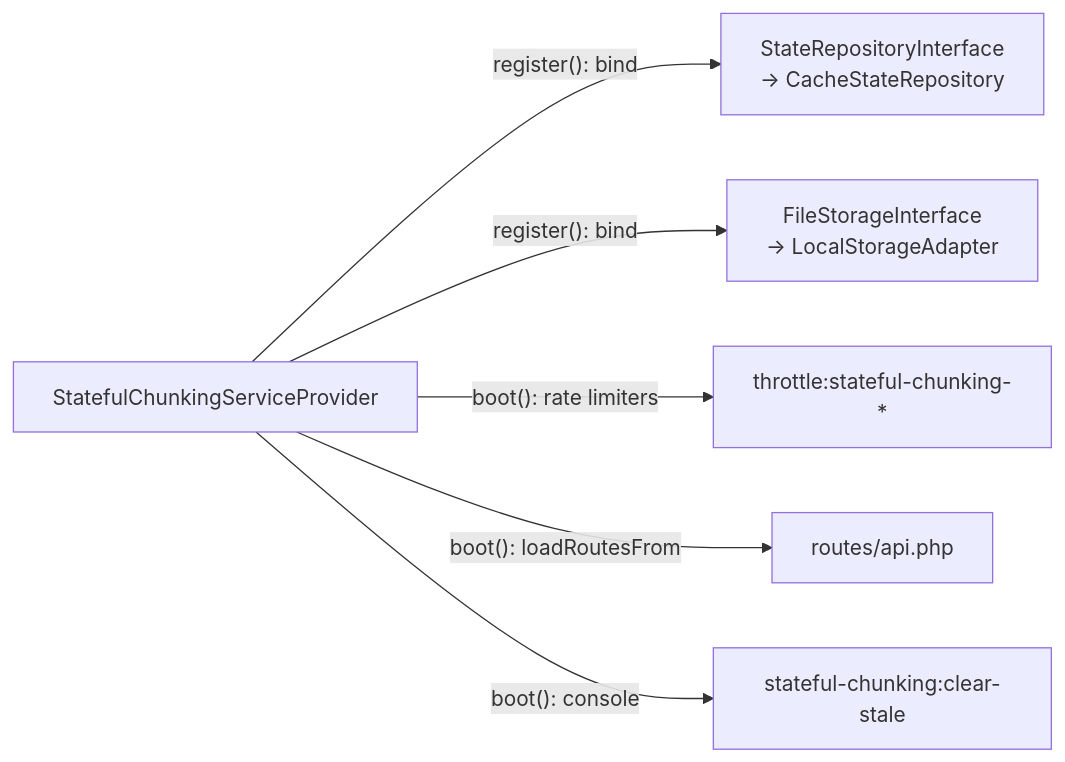
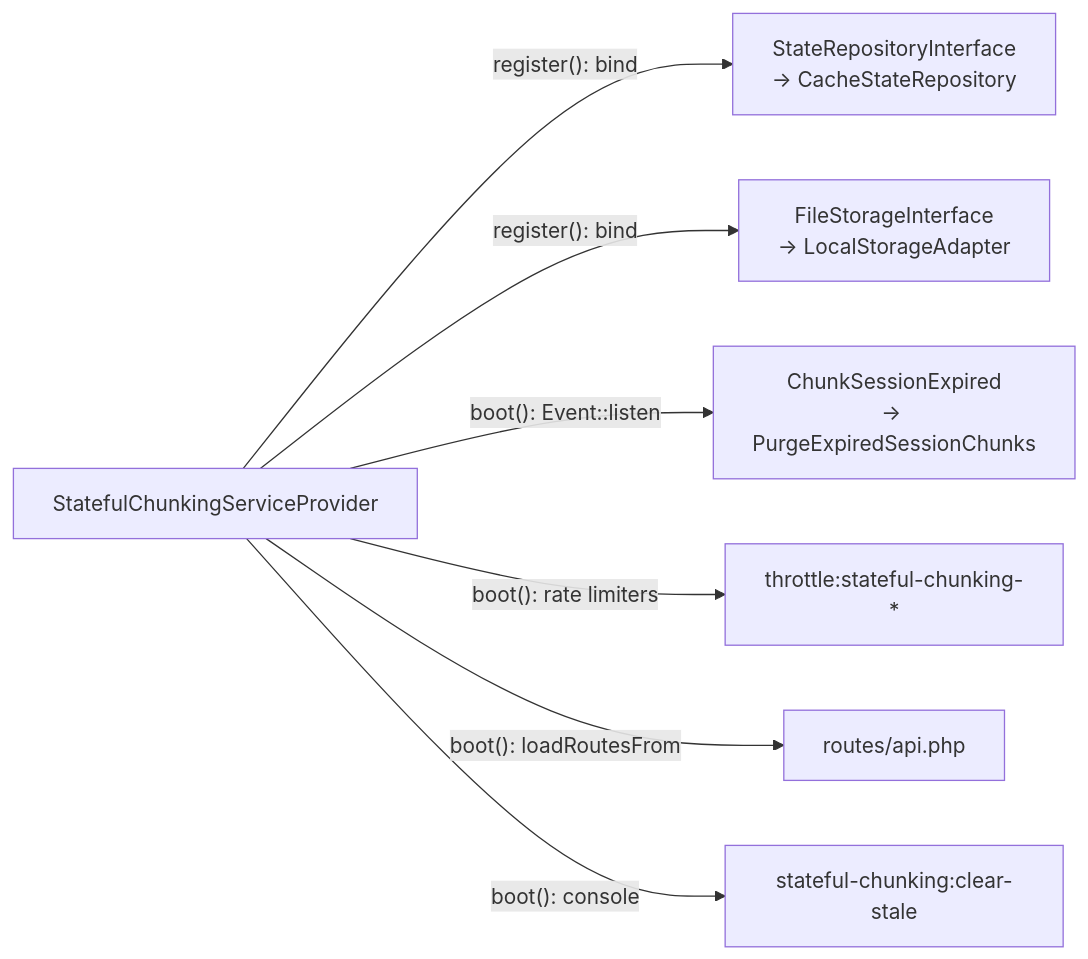
The second of 2 diagrams in docs/architecture/README.md (JuanGuerreroDev/stateful-chunking-package), drawn with Mermaid before and after one commit. The commit also changed other lines of this file and 15 other files, not shown here.

````diff
--- a/docs/architecture/README.md
+++ b/docs/architecture/README.md
@@ -114,9 +123,10 @@
 ```mermaid
 graph LR
     SP["StatefulChunkingServiceProvider"]
     SP -->|"register(): bind"| B1["StateRepositoryInterface<br/>→ CacheStateRepository"]
     SP -->|"register(): bind"| B2["FileStorageInterface<br/>→ LocalStorageAdapter"]
+    SP -->|"boot(): Event::listen"| B6["ChunkSessionExpired<br/>→ PurgeExpiredSessionChunks"]
     SP -->|"boot(): rate limiters"| B3["throttle:stateful-chunking-*"]
     SP -->|"boot(): loadRoutesFrom"| B4["routes/api.php"]
     SP -->|"boot(): console"| B5["stateful-chunking:clear-stale"]
 ```
````
